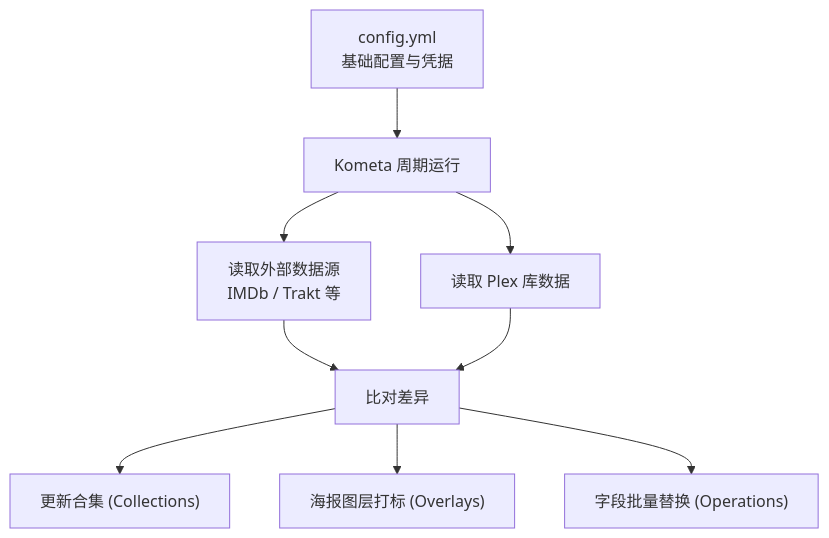
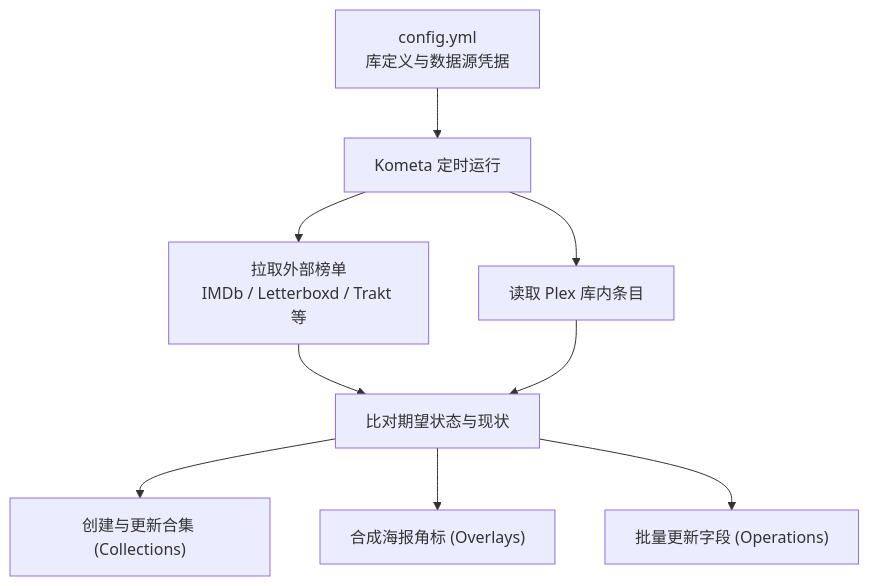
Before and after one commit to synthpop123/homepage: the second of 2 diagrams in src/content/blog/plex-metadata-kometa/index.md, drawn with Mermaid. The commit also changed other lines of this file and 2 other files, not shown here.

````diff
--- a/src/content/blog/plex-metadata-kometa/index.md
+++ b/src/content/blog/plex-metadata-kometa/index.md
@@ -204,11 +204,11 @@
 ```mermaid
 flowchart TD
-  A["config.yml<br/>基础配置与凭据"] --> B["Kometa 周期运行"]
-  B --> C["读取外部数据源<br/>IMDb / Trakt 等"]
-  B --> D["读取 Plex 库数据"]
-  C --> E["比对差异"]
+  A["config.yml<br/>库定义与数据源凭据"] --> B["Kometa 定时运行"]
+  B --> C["拉取外部榜单<br/>IMDb / Letterboxd / Trakt 等"]
+  B --> D["读取 Plex 库内条目"]
+  C --> E["比对期望状态与现状"]
   D --> E
-  E --> F["更新合集 (Collections)"]
-  E --> G["海报图层打标 (Overlays)"]
-  E --> H["字段批量替换 (Operations)"]
+  E --> F["创建与更新合集 (Collections)"]
+  E --> G["合成海报角标 (Overlays)"]
+  E --> H["批量更新字段 (Operations)"]
 ```
````
